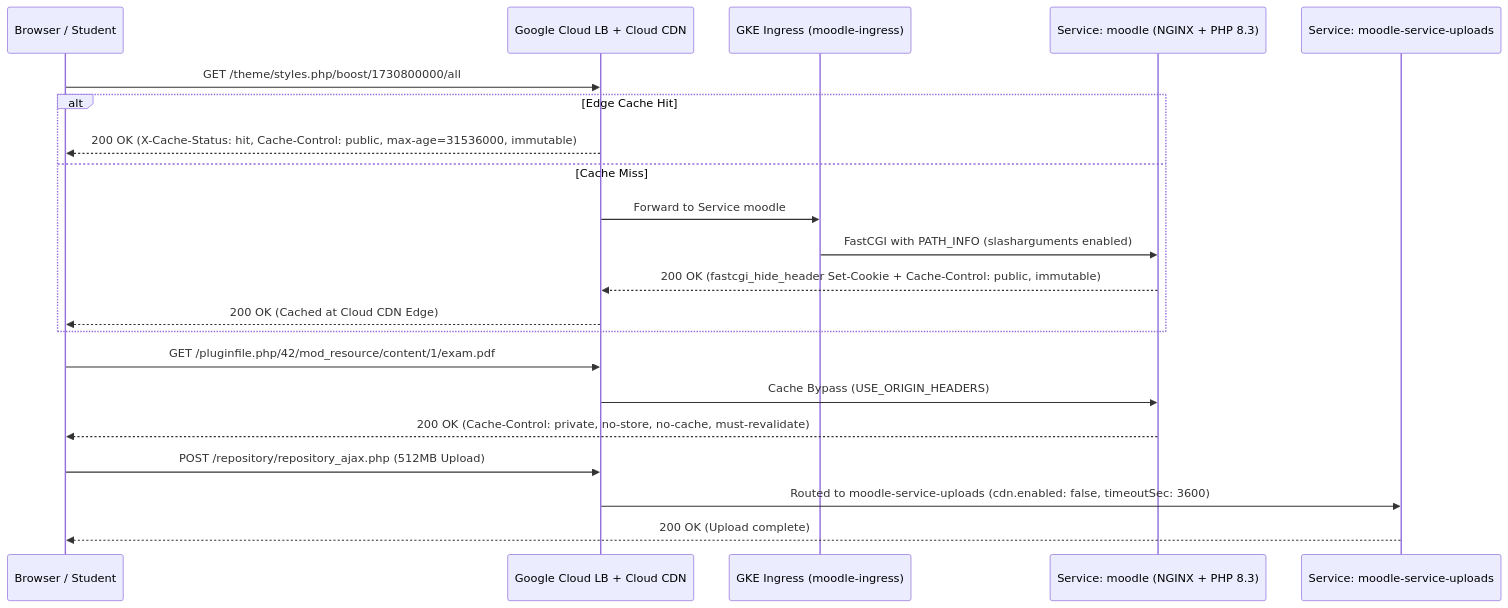
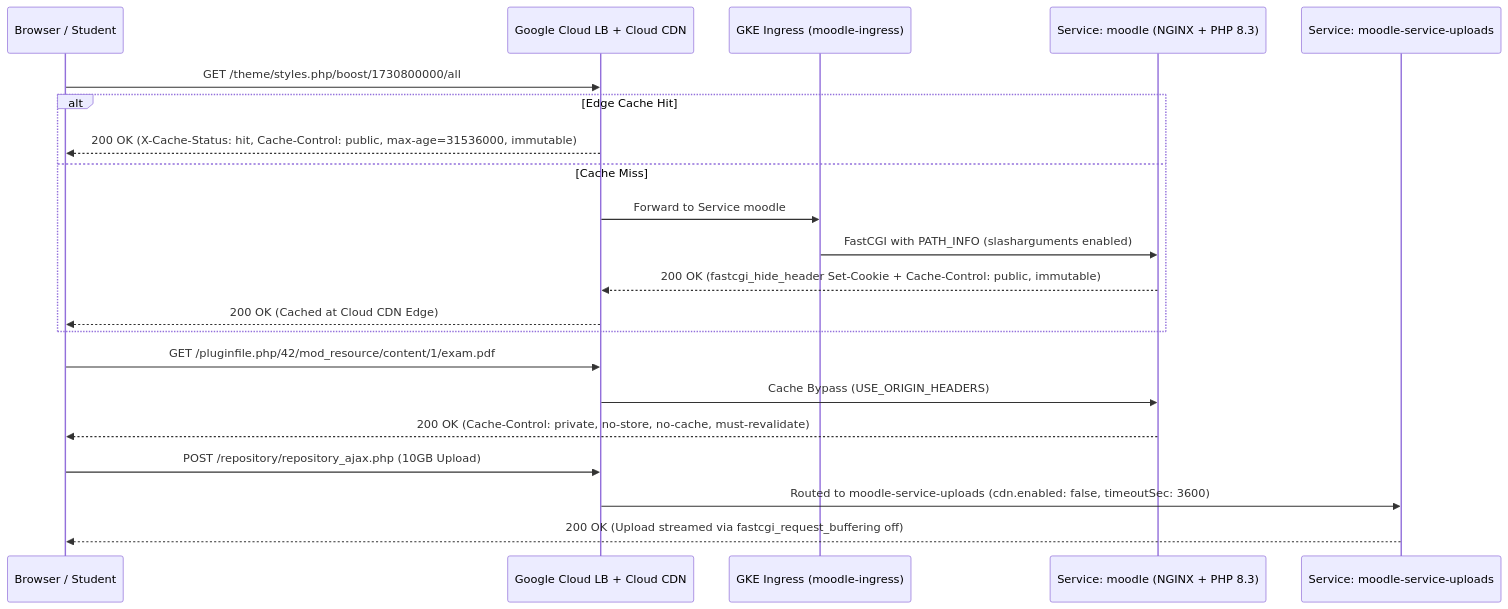
The diagram in openwiki/operations/cloud-cdn-and-ingress.md (google/moodle-on-gcp), drawn with Mermaid before and after one commit. The commit also changed other lines of this file and 42 other files, not shown here.

````diff
--- a/openwiki/operations/cloud-cdn-and-ingress.md
+++ b/openwiki/operations/cloud-cdn-and-ingress.md
@@ -29,26 +29,26 @@
 ```mermaid
 sequenceDiagram
     participant User as Browser / Student
     participant CDN as Google Cloud LB + Cloud CDN
     participant Ing as GKE Ingress (moodle-ingress)
     participant Web as Service: moodle (NGINX + PHP 8.3)
     participant Upl as Service: moodle-service-uploads
 
     User->>CDN: GET /theme/styles.php/boost/1730800000/all
     alt Edge Cache Hit
         CDN-->>User: 200 OK (X-Cache-Status: hit, Cache-Control: public, max-age=31536000, immutable)
     else Cache Miss
         CDN->>Ing: Forward to Service moodle
         Ing->>Web: FastCGI with PATH_INFO (slasharguments enabled)
         Web-->>CDN: 200 OK (fastcgi_hide_header Set-Cookie + Cache-Control: public, immutable)
         CDN-->>User: 200 OK (Cached at Cloud CDN Edge)
     end
 
     User->>CDN: GET /pluginfile.php/42/mod_resource/content/1/exam.pdf
     CDN->>Web: Cache Bypass (USE_ORIGIN_HEADERS)
     Web-->>User: 200 OK (Cache-Control: private, no-store, no-cache, must-revalidate)
 
-    User->>CDN: POST /repository/repository_ajax.php (512MB Upload)
+    User->>CDN: POST /repository/repository_ajax.php (10GB Upload)
     CDN->>Upl: Routed to moodle-service-uploads (cdn.enabled: false, timeoutSec: 3600)
-    Upl-->>User: 200 OK (Upload complete)
+    Upl-->>User: 200 OK (Upload streamed via fastcgi_request_buffering off)
 ```
````
